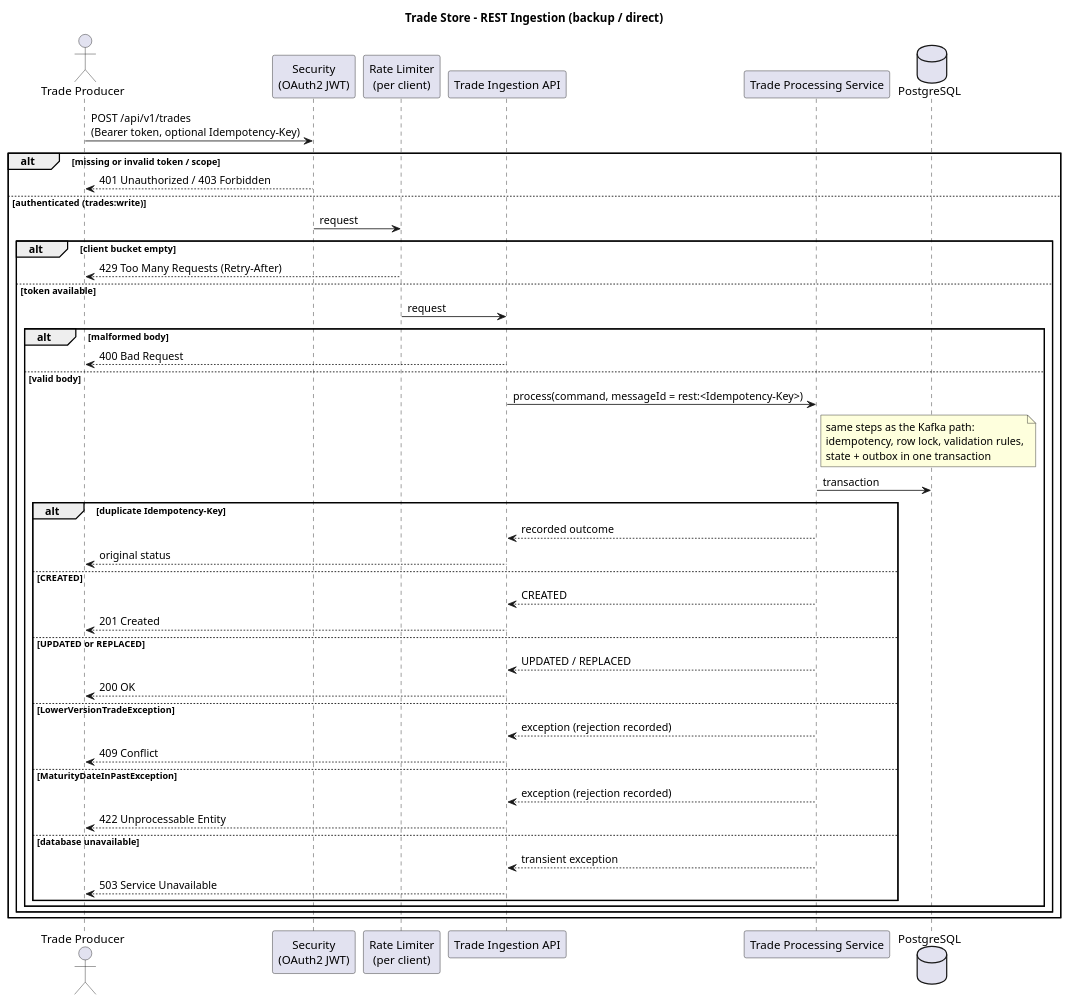
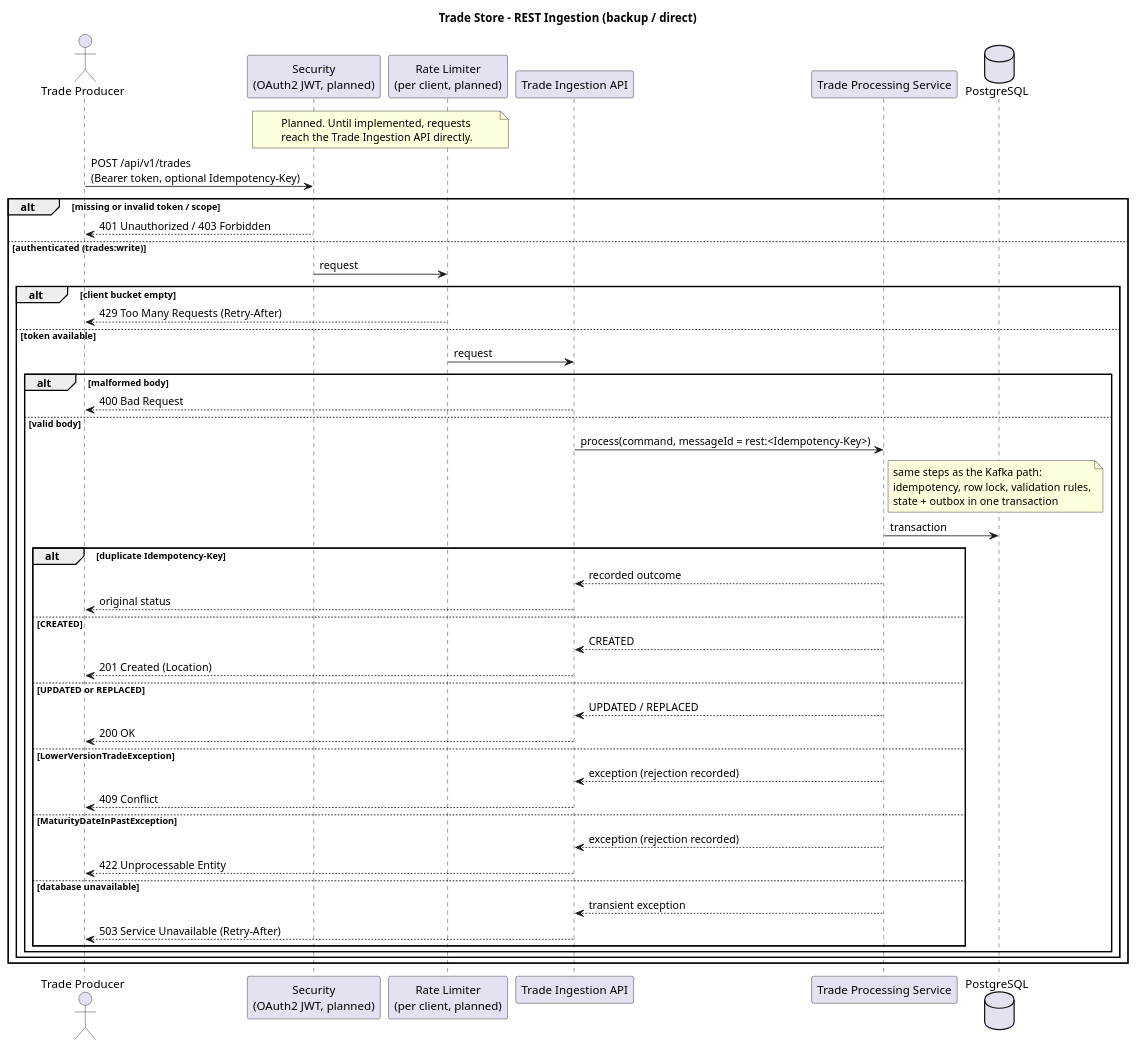
The diagram in docs/diagrams/sequence-rest-ingestion.puml (jabhijeet/trade-store), drawn with PlantUML before and after one commit. The commit also changed 37 other files, not shown here.

```diff
--- a/docs/diagrams/sequence-rest-ingestion.puml
+++ b/docs/diagrams/sequence-rest-ingestion.puml
@@ -1,48 +1,53 @@
 @startuml sequence-rest-ingestion
 title Trade Store - REST Ingestion (backup / direct)
 
 actor "Trade Producer" as producer
-participant "Security\n(OAuth2 JWT)" as security
-participant "Rate Limiter\n(per client)" as rateLimiter
+participant "Security\n(OAuth2 JWT, planned)" as security
+participant "Rate Limiter\n(per client, planned)" as rateLimiter
 participant "Trade Ingestion API" as api
 participant "Trade Processing Service" as processing
 database "PostgreSQL" as postgres
+
+note over security, rateLimiter
+  Planned. Until implemented, requests
+  reach the Trade Ingestion API directly.
+end note
 
 producer -> security : POST /api/v1/trades\n(Bearer token, optional Idempotency-Key)
 alt missing or invalid token / scope
   security --> producer : 401 Unauthorized / 403 Forbidden
 else authenticated (trades:write)
   security -> rateLimiter : request
   alt client bucket empty
     rateLimiter --> producer : 429 Too Many Requests (Retry-After)
   else token available
     rateLimiter -> api : request
     alt malformed body
       api --> producer : 400 Bad Request
     else valid body
       api -> processing : process(command, messageId = rest:<Idempotency-Key>)
       note right of processing : same steps as the Kafka path:\nidempotency, row lock, validation rules,\nstate + outbox in one transaction
       processing -> postgres : transaction
       alt duplicate Idempotency-Key
         processing --> api : recorded outcome
         api --> producer : original status
       else CREATED
         processing --> api : CREATED
-        api --> producer : 201 Created
+        api --> producer : 201 Created (Location)
       else UPDATED or REPLACED
         processing --> api : UPDATED / REPLACED
         api --> producer : 200 OK
       else LowerVersionTradeException
         processing --> api : exception (rejection recorded)
         api --> producer : 409 Conflict
       else MaturityDateInPastException
         processing --> api : exception (rejection recorded)
         api --> producer : 422 Unprocessable Entity
       else database unavailable
         processing --> api : transient exception
-        api --> producer : 503 Service Unavailable
+        api --> producer : 503 Service Unavailable (Retry-After)
       end
     end
   end
 end
 @enduml
```
